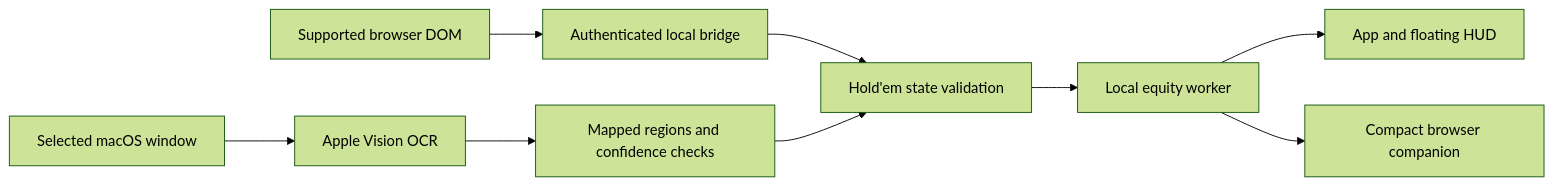
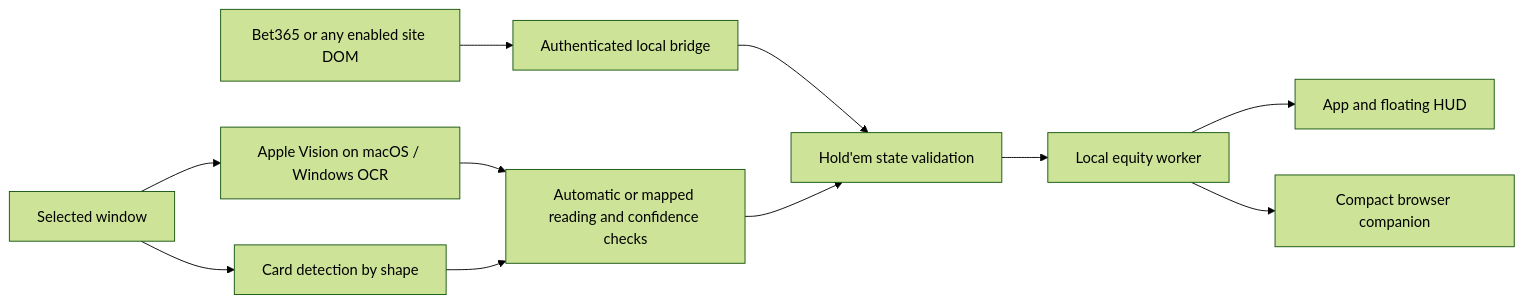
Before and after one commit to Kerol-Dev/River-AI-Poker: the diagram in docs/architecture.md, drawn with Mermaid (forest theme). The commit also changed other lines of this file and 10 other files, not shown here.

````diff
--- a/docs/architecture.md
+++ b/docs/architecture.md
@@ -5,11 +5,13 @@
 ```mermaid
 flowchart LR
-    A[Supported browser DOM] --> B[Authenticated local bridge]
-    C[Selected macOS window] --> D[Apple Vision OCR]
-    D --> E[Mapped regions and confidence checks]
+    A[Bet365 or any enabled site DOM] --> B[Authenticated local bridge]
+    C[Selected window] --> D[Apple Vision on macOS / Windows OCR]
+    C --> K[Card detection by shape]
+    D --> E[Automatic or mapped reading and confidence checks]
+    K --> E
     B --> F[Hold'em state validation]
     E --> F
     F --> G[Local equity worker]
     G --> H[App and floating HUD]
     G --> I[Compact browser companion]
 ```
````
